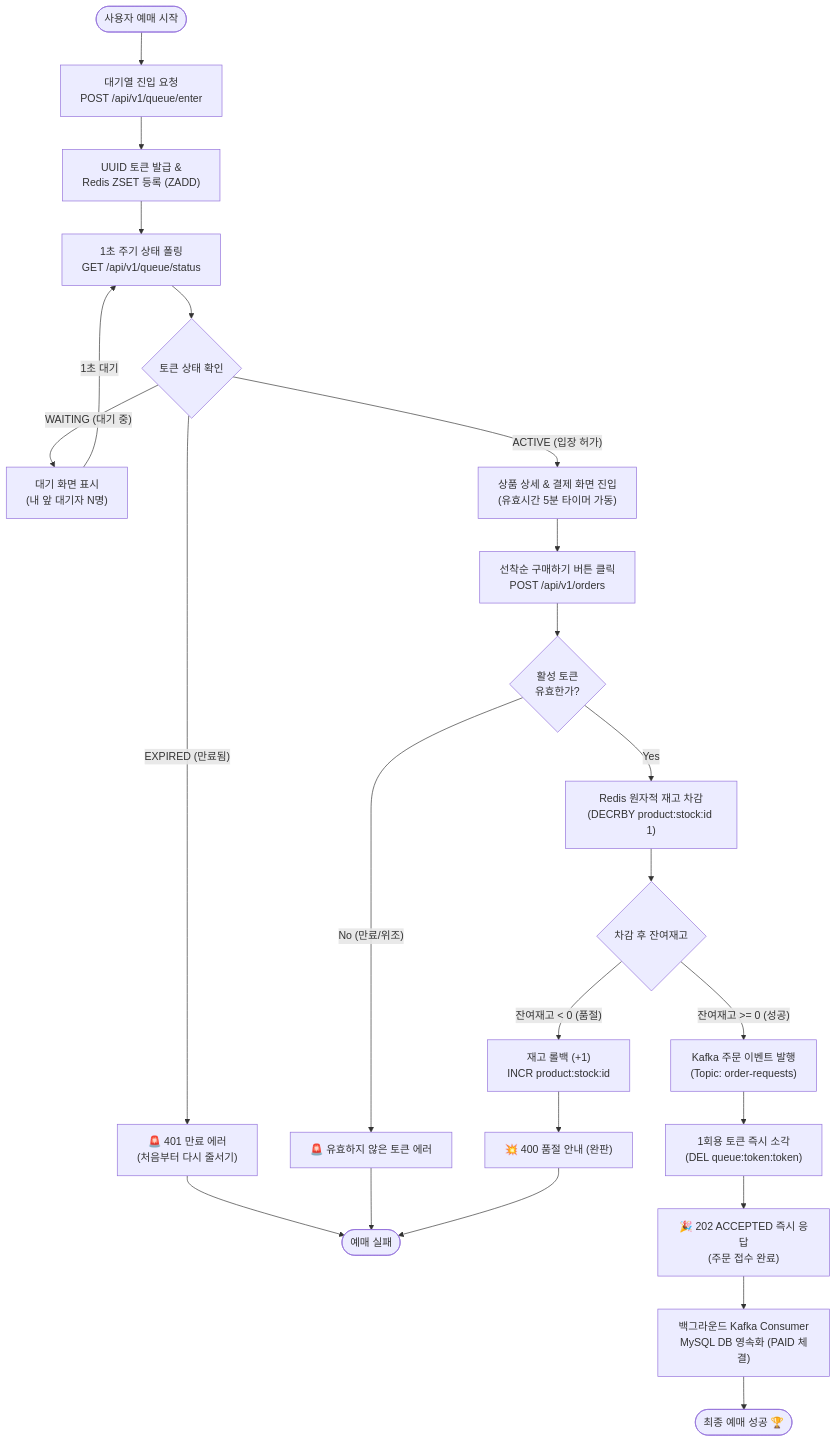
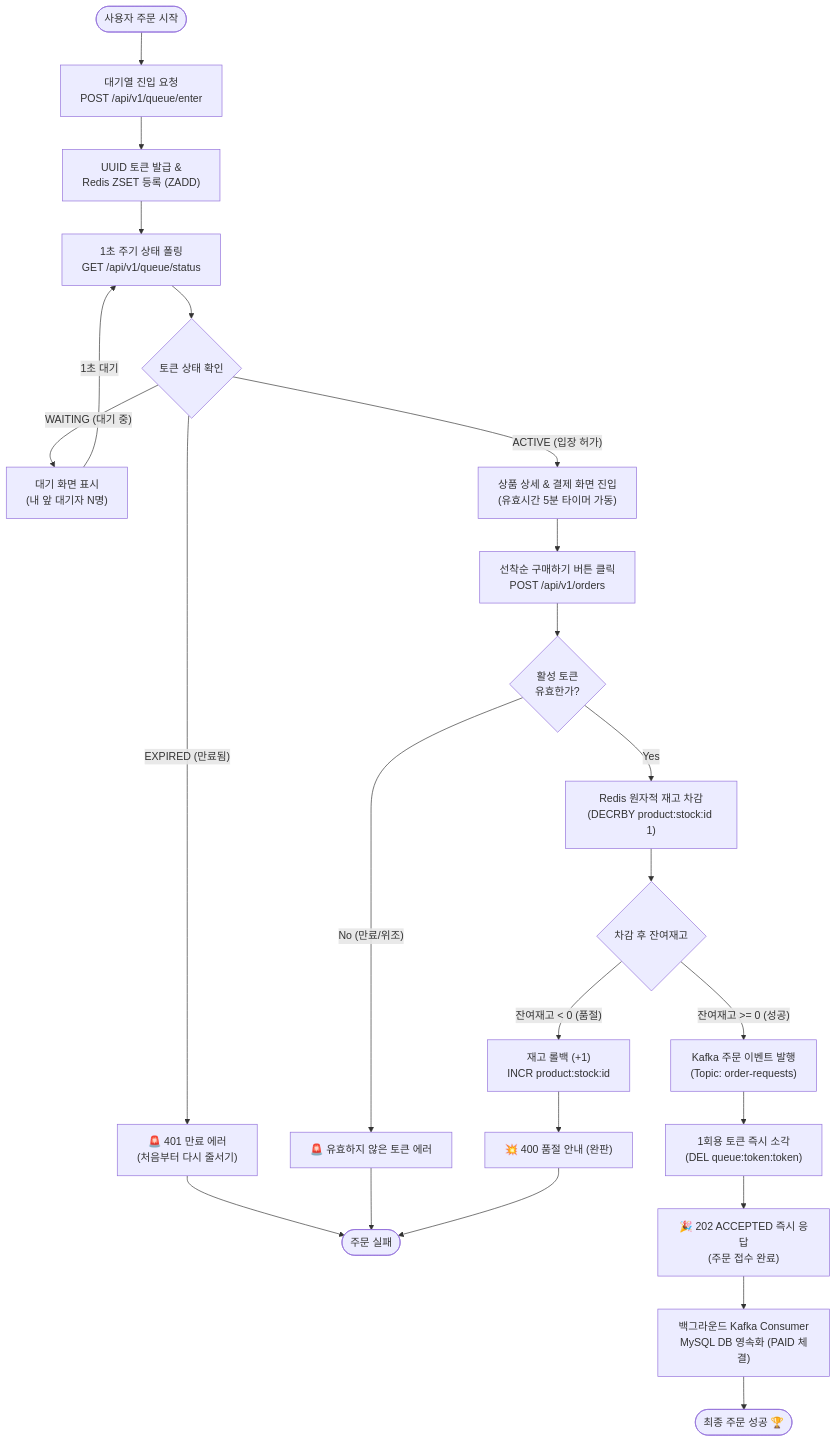
The fourth of 5 diagrams in docs/00_MASTER_CS_AND_ARCHITECTURE_WHITEPAPER.md (TWentCEO/wevers_toy_project), drawn with Mermaid before and after one commit. The commit also changed other lines of this file and 12 other files, not shown here.

````diff
--- a/docs/00_MASTER_CS_AND_ARCHITECTURE_WHITEPAPER.md
+++ b/docs/00_MASTER_CS_AND_ARCHITECTURE_WHITEPAPER.md
@@ -233,28 +233,28 @@
 ```mermaid
 flowchart TD
-    Start([사용자 예매 시작]) --> EnterQ["대기열 진입 요청<br>POST /api/v1/queue/enter"]
+    Start([사용자 주문 시작]) --> EnterQ["대기열 진입 요청<br>POST /api/v1/queue/enter"]
     EnterQ --> IssueToken["UUID 토큰 발급 &<br>Redis ZSET 등록 (ZADD)"]
     IssueToken --> PollStatus["1초 주기 상태 폴링<br>GET /api/v1/queue/status"]
 
     PollStatus --> CheckStatus{토큰 상태 확인}
     CheckStatus -- "WAITING (대기 중)" --> WaitAnim["대기 화면 표시<br>(내 앞 대기자 N명)"]
     WaitAnim -->|1초 대기| PollStatus
-    CheckStatus -- "EXPIRED (만료됨)" --> ExpiredError["🚨 401 만료 에러<br>(처음부터 다시 줄서기)"] --> EndFail([예매 실패])
+    CheckStatus -- "EXPIRED (만료됨)" --> ExpiredError["🚨 401 만료 에러<br>(처음부터 다시 줄서기)"] --> EndFail([주문 실패])
     CheckStatus -- "ACTIVE (입장 허가)" --> ShowProduct["상품 상세 & 결제 화면 진입<br>(유효시간 5분 타이머 가동)"]
 
     ShowProduct --> OrderBtn["선착순 구매하기 버튼 클릭<br>POST /api/v1/orders"]
     OrderBtn --> TokenValid{활성 토큰<br>유효한가?}
     TokenValid -- "No (만료/위조)" --> TokenError["🚨 유효하지 않은 토큰 에러"] --> EndFail
     TokenValid -- "Yes" --> DecrStock["Redis 원자적 재고 차감<br>(DECRBY product:stock:id 1)"]
 
     DecrStock --> CheckStock{차감 후 잔여재고}
     CheckStock -- "잔여재고 < 0 (품절)" --> Rollback["재고 롤백 (+1)<br>INCR product:stock:id"]
     Rollback --> SoldOutAlert["💥 400 품절 안내 (완판)"] --> EndFail
 
     CheckStock -- "잔여재고 >= 0 (성공)" --> SendKafka["Kafka 주문 이벤트 발행<br>(Topic: order-requests)"]
     SendKafka --> BurnToken["1회용 토큰 즉시 소각<br>(DEL queue:token:token)"]
     BurnToken --> Resp202["🎉 202 ACCEPTED 즉시 응답<br>(주문 접수 완료)"]
     
     Resp202 --> AsyncFulfill["백그라운드 Kafka Consumer<br>MySQL DB 영속화 (PAID 체결)"]
-    AsyncFulfill --> EndSuccess([최종 예매 성공 🏆])
+    AsyncFulfill --> EndSuccess([최종 주문 성공 🏆])
 ```
````
